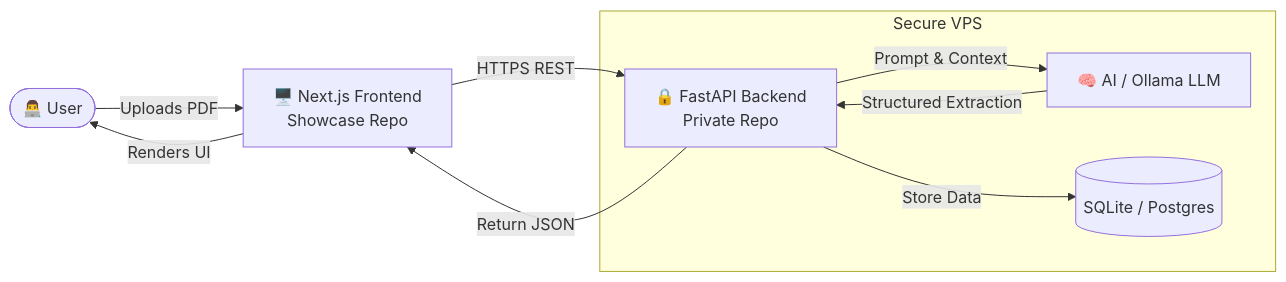
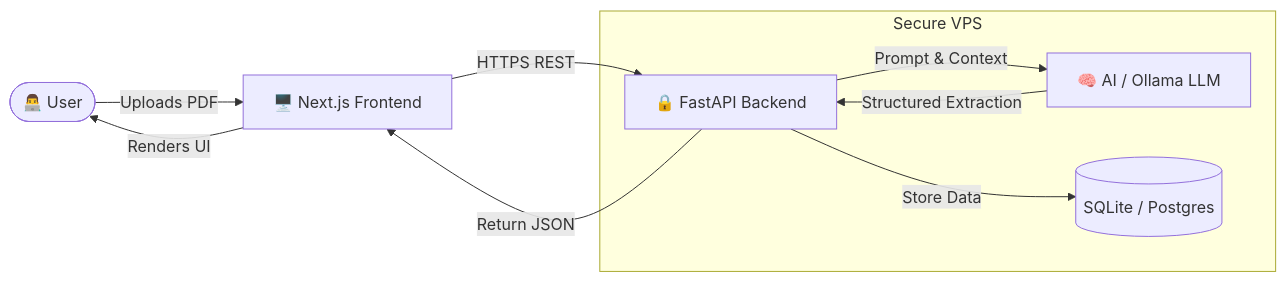
One commit to mibrahimai/document-extractor-showcase changed the diagram in README.md. Above: the diagram before and after it, drawn with Mermaid. The commit also changed other lines of this file, not shown here.

Commit message:
Update README for 100% Hollow showcase strategy

````diff
--- a/README.md
+++ b/README.md
@@ -38,14 +34,14 @@
 ```mermaid
 flowchart LR
-    User([👨‍💻 User]) --> |Uploads PDF| FE[🖥️ Next.js Frontend<br/>Showcase Repo]
-    FE --> |HTTPS REST| BE[🔒 FastAPI Backend<br/>Private Repo]
+    User([👨‍💻 User]) --> |Uploads PDF| FE[🖥️ Next.js Frontend]
+    FE --> |HTTPS REST| BE[🔒 FastAPI Backend]
     
     subgraph Secure VPS
         BE --> |Prompt & Context| AI[🧠 AI / Ollama LLM]
         AI --> |Structured Extraction| BE
         BE --> |Store Data| DB[(SQLite / Postgres)]
     end
     
     BE --> |Return JSON| FE
     FE --> |Renders UI| User
 ```
````
